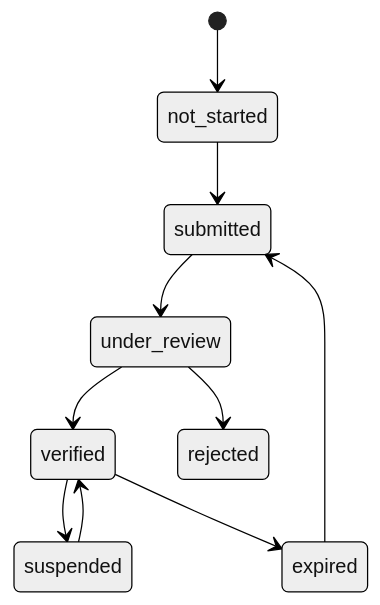
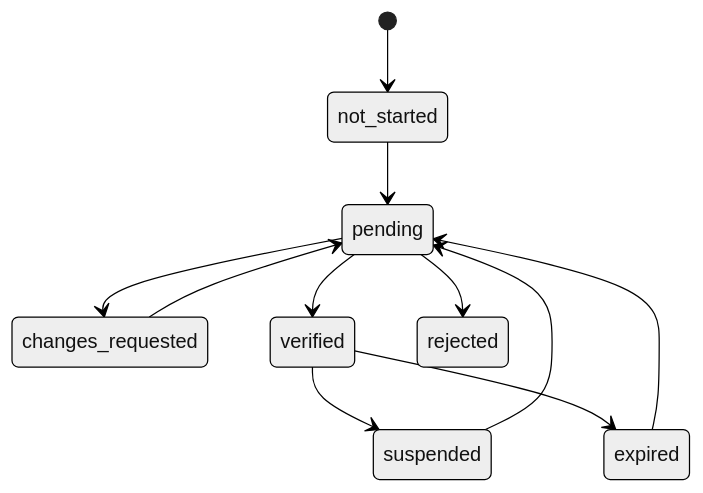
One commit to keyforta/keyforta-property changed the tenth of 10 diagrams in docs/contracts/keyforta-state-machines.md. Above: the diagram before and after it, drawn with Mermaid (neutral theme). The commit also changed other lines of this file and 4 other files, not shown here.

````diff
--- a/docs/contracts/keyforta-state-machines.md
+++ b/docs/contracts/keyforta-state-machines.md
@@ -253,12 +276,13 @@
 ```mermaid
 stateDiagram-v2
     [*] --> not_started
-    not_started --> submitted
-    submitted --> under_review
-    under_review --> verified
-    under_review --> rejected
+    not_started --> pending
+    pending --> changes_requested
+    changes_requested --> pending
+    pending --> verified
+    pending --> rejected
     verified --> suspended
-    suspended --> verified
+    suspended --> pending
     verified --> expired
-    expired --> submitted
+    expired --> pending
 ```
````
